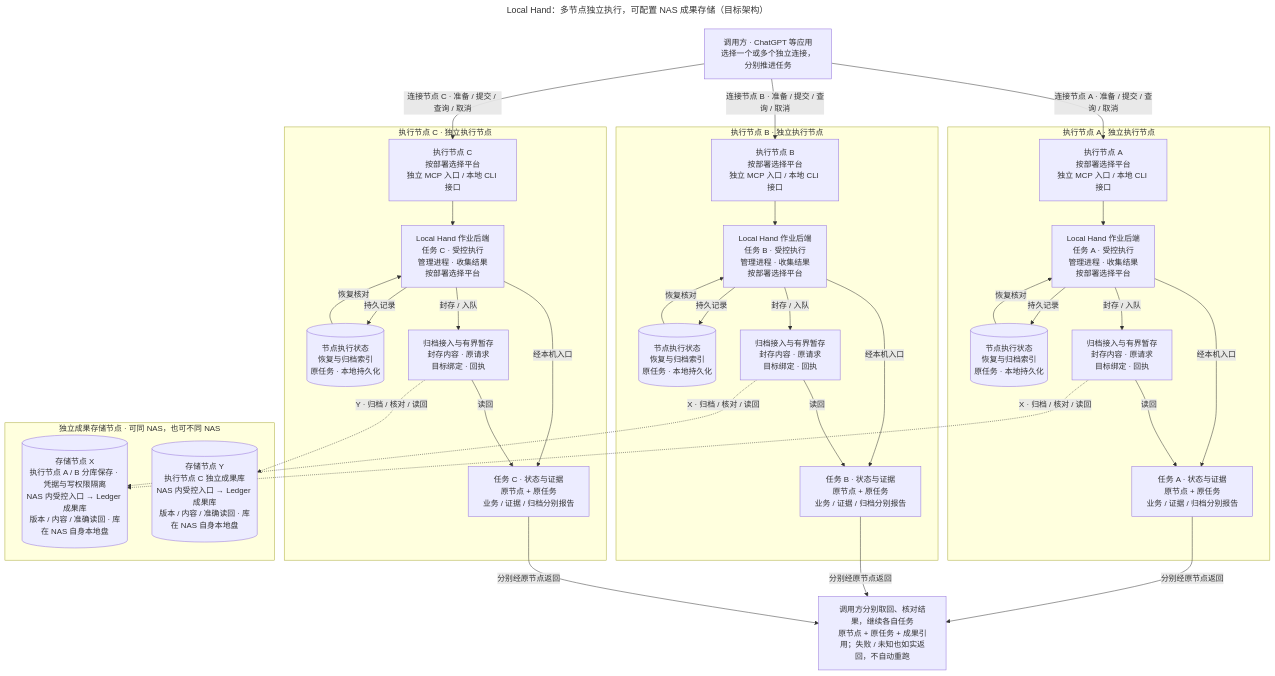
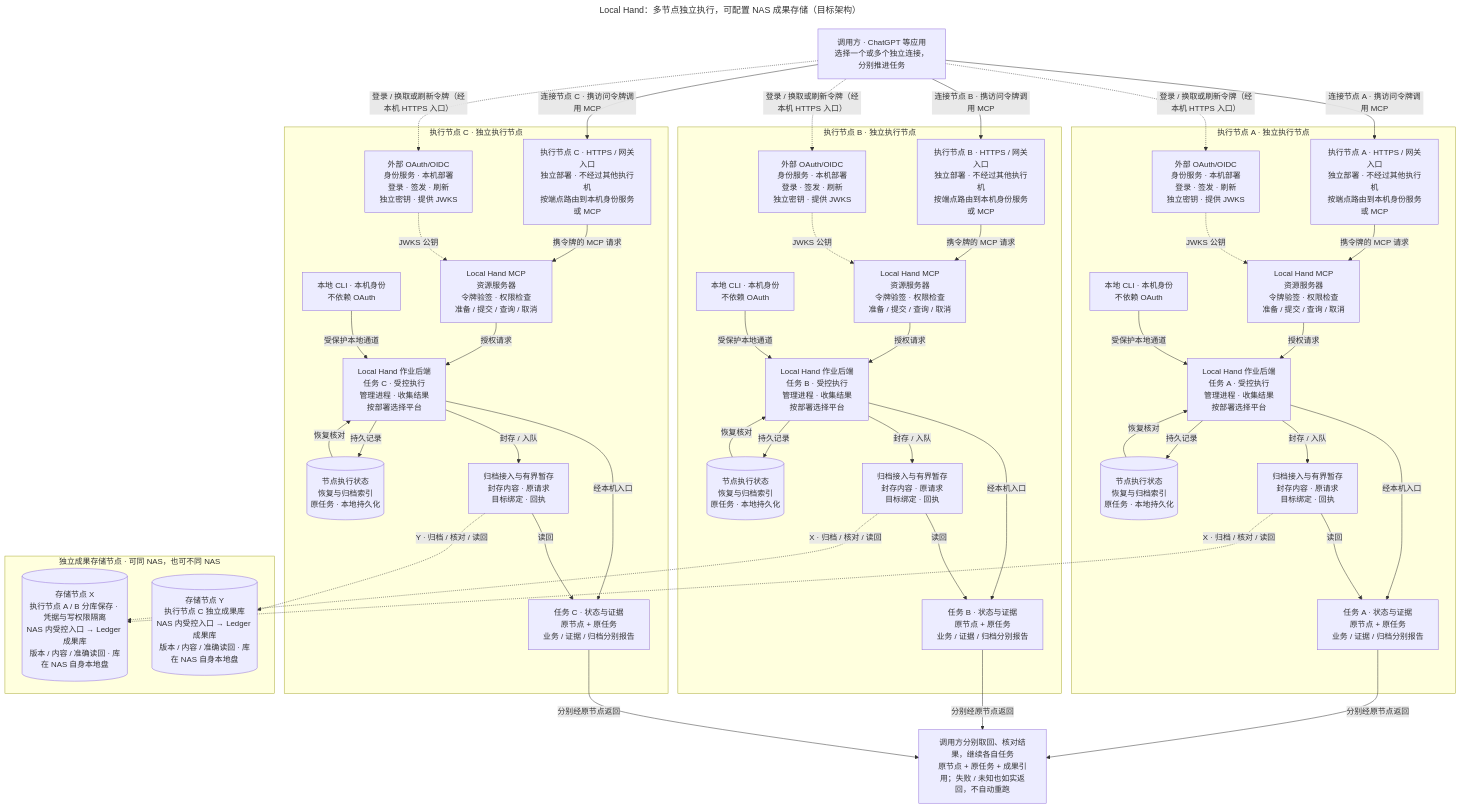
The diagram in docs/diagrams/independent-nodes-target.mmd (kongbu0621/infra-local-hand), drawn with Mermaid before and after one commit. The commit also changed 5 other files, not shown here.

Commit message:
docs: show node authentication in architecture and request diagrams

```diff
--- a/docs/diagrams/independent-nodes-target.mmd
+++ b/docs/diagrams/independent-nodes-target.mmd
@@ -1,75 +1,103 @@
 ---
 title: "Local Hand：多节点独立执行，可配置 NAS 成果存储（目标架构）"
 ---
 %% Relationship source; the SVG fixes presentation and is rendered to PNG.
 %% Solid: task control, local persistence and results.
-%% Dashed: storage calls; responses use the same authenticated connection.
+%% Dashed: labeled authentication or storage exchanges, not task execution.
+%% Every node independently deploys external OAuth/OIDC identity and HTTPS ingress.
+%% Authentication issues tokens; MCP verifies/authorizes. Local CLI does not use OAuth.
 %% Synthetic example: A/B -> X and C -> Y; no actual asset mapping or replication.
 %% NAS hosts the controlled receiver and local Ledger stores in this target.
 %% NAS is not an execution node; callers receive results via original nodes.
 %% Local status and retained evidence do not wait for NAS.
 %% After local payload release, authorized content retrieval may require NAS.
 %% Archive access uses the retained index; reads do not recreate pending items.
 flowchart TD
     CALLER["调用方 · ChatGPT 等应用<br/>选择一个或多个独立连接，分别推进任务"]
     subgraph NODE_A["执行节点 A · 独立执行节点"]
-        AE["执行节点 A<br/>按部署选择平台<br/>独立 MCP 入口 / 本地 CLI 接口"]
+        AE["执行节点 A · HTTPS / 网关入口<br/>独立部署 · 不经过其他执行机<br/>按端点路由到本机身份服务或 MCP"]
+        AM["Local Hand MCP<br/>资源服务器<br/>令牌验签 · 权限检查<br/>准备 / 提交 / 查询 / 取消"]
+        AI["外部 OAuth/OIDC<br/>身份服务 · 本机部署<br/>登录 · 签发 · 刷新<br/>独立密钥 · 提供 JWKS"]
+        AL["本地 CLI · 本机身份<br/>不依赖 OAuth"]
         AB["Local Hand 作业后端<br/>任务 A · 受控执行<br/>管理进程 · 收集结果<br/>按部署选择平台"]
         AS[("节点执行状态<br/>恢复与归档索引<br/>原任务 · 本地持久化")]
         AO["归档接入与有界暂存<br/>封存内容 · 原请求<br/>目标绑定 · 回执"]
         AR["任务 A · 状态与证据<br/>原节点 + 原任务<br/>业务 / 证据 / 归档分别报告"]
-        AE --> AB
+        AE -->|"携令牌的 MCP 请求"| AM
+        AI -.->|"JWKS 公钥"| AM
+        AM -->|"授权请求"| AB
+        AL -->|"受保护本地通道"| AB
         AB -->|"持久记录"| AS
         AS -->|"恢复核对"| AB
         AB -->|"封存 / 入队"| AO
         AB -->|"经本机入口"| AR
         AO -->|"读回"| AR
     end
     subgraph NODE_B["执行节点 B · 独立执行节点"]
-        BE["执行节点 B<br/>按部署选择平台<br/>独立 MCP 入口 / 本地 CLI 接口"]
+        BE["执行节点 B · HTTPS / 网关入口<br/>独立部署 · 不经过其他执行机<br/>按端点路由到本机身份服务或 MCP"]
+        BM["Local Hand MCP<br/>资源服务器<br/>令牌验签 · 权限检查<br/>准备 / 提交 / 查询 / 取消"]
+        BI["外部 OAuth/OIDC<br/>身份服务 · 本机部署<br/>登录 · 签发 · 刷新<br/>独立密钥 · 提供 JWKS"]
+        BL["本地 CLI · 本机身份<br/>不依赖 OAuth"]
         BB["Local Hand 作业后端<br/>任务 B · 受控执行<br/>管理进程 · 收集结果<br/>按部署选择平台"]
         BS[("节点执行状态<br/>恢复与归档索引<br/>原任务 · 本地持久化")]
         BO["归档接入与有界暂存<br/>封存内容 · 原请求<br/>目标绑定 · 回执"]
         BR["任务 B · 状态与证据<br/>原节点 + 原任务<br/>业务 / 证据 / 归档分别报告"]
-        BE --> BB
+        BE -->|"携令牌的 MCP 请求"| BM
+        BI -.->|"JWKS 公钥"| BM
+        BM -->|"授权请求"| BB
+        BL -->|"受保护本地通道"| BB
         BB -->|"持久记录"| BS
         BS -->|"恢复核对"| BB
         BB -->|"封存 / 入队"| BO
         BB -->|"经本机入口"| BR
         BO -->|"读回"| BR
     end
     subgraph NODE_C["执行节点 C · 独立执行节点"]
-        CE["执行节点 C<br/>按部署选择平台<br/>独立 MCP 入口 / 本地 CLI 接口"]
+        CE["执行节点 C · HTTPS / 网关入口<br/>独立部署 · 不经过其他执行机<br/>按端点路由到本机身份服务或 MCP"]
+        CM["Local Hand MCP<br/>资源服务器<br/>令牌验签 · 权限检查<br/>准备 / 提交 / 查询 / 取消"]
+        CI["外部 OAuth/OIDC<br/>身份服务 · 本机部署<br/>登录 · 签发 · 刷新<br/>独立密钥 · 提供 JWKS"]
+        CL["本地 CLI · 本机身份<br/>不依赖 OAuth"]
         CB["Local Hand 作业后端<br/>任务 C · 受控执行<br/>管理进程 · 收集结果<br/>按部署选择平台"]
         CS[("节点执行状态<br/>恢复与归档索引<br/>原任务 · 本地持久化")]
         CO["归档接入与有界暂存<br/>封存内容 · 原请求<br/>目标绑定 · 回执"]
         CR["任务 C · 状态与证据<br/>原节点 + 原任务<br/>业务 / 证据 / 归档分别报告"]
-        CE --> CB
+        CE -->|"携令牌的 MCP 请求"| CM
+        CI -.->|"JWKS 公钥"| CM
+        CM -->|"授权请求"| CB
+        CL -->|"受保护本地通道"| CB
         CB -->|"持久记录"| CS
         CS -->|"恢复核对"| CB
         CB -->|"封存 / 入队"| CO
         CB -->|"经本机入口"| CR
         CO -->|"读回"| CR
     end
 
-    CALLER -->|"连接节点 A · 准备 / 提交 / 查询 / 取消"| AE
-    CALLER -->|"连接节点 B · 准备 / 提交 / 查询 / 取消"| BE
-    CALLER -->|"连接节点 C · 准备 / 提交 / 查询 / 取消"| CE
+    CALLER -->|"连接节点 A · 携访问令牌调用 MCP"| AE
+    CALLER -.->|"登录 / 换取或刷新令牌（经本机 HTTPS 入口）"| AI
+    CALLER -->|"连接节点 B · 携访问令牌调用 MCP"| BE
+    CALLER -.->|"登录 / 换取或刷新令牌（经本机 HTTPS 入口）"| BI
+    CALLER -->|"连接节点 C · 携访问令牌调用 MCP"| CE
+    CALLER -.->|"登录 / 换取或刷新令牌（经本机 HTTPS 入口）"| CI
     subgraph STORAGE["独立成果存储节点 · 可同 NAS，也可不同 NAS"]
         SX[("存储节点 X<br/>执行节点 A / B 分库保存 · 凭据与写权限隔离<br/>NAS 内受控入口 → Ledger 成果库<br/>版本 / 内容 / 准确读回 · 库在 NAS 自身本地盘")]
         SY[("存储节点 Y<br/>执行节点 C 独立成果库<br/>NAS 内受控入口 → Ledger 成果库<br/>版本 / 内容 / 准确读回 · 库在 NAS 自身本地盘")]
     end
     AO -.->|"X · 归档 / 核对 / 读回"| SX
     BO -.->|"X · 归档 / 核对 / 读回"| SX
     CO -.->|"Y · 归档 / 核对 / 读回"| SY
     R["调用方分别取回、核对结果，继续各自任务<br/>原节点 + 原任务 + 成果引用；失败 / 未知也如实返回，不自动重跑"]
     AR -->|"分别经原节点返回"| R
     BR -->|"分别经原节点返回"| R
     CR -->|"分别经原节点返回"| R
 
     %% NAS receiver and outbox are planned; A2 snapshots already exist.
     %% First archive scope: successful, exited and sealed results only.
     %% Other outcomes remain on original nodes and are returned truthfully.
     %% Finite local retention: outage can cause task-specific backpressure.
     %% Platform profiles are selected per deployment; full chains remain to verify.
     %% Node labels and count are illustrative, not actual assets or product limits.
+
+    %% Each node owns independent auth configuration, identity data and signing keys.
+    %% The IdP is an external product; Local Hand implements resource verification/authorization.
+    %% DNS, certificate and network services remain explicit external dependencies.
+    %% Independent cold start, new login and refresh with peer execution nodes off remain to verify.
```
